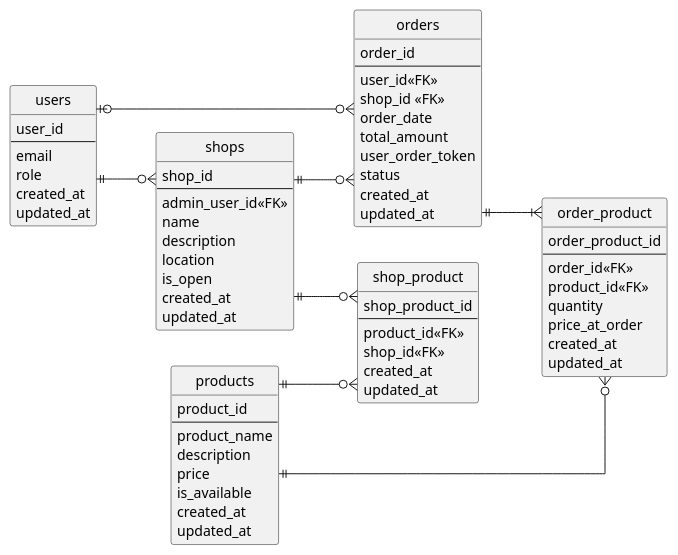
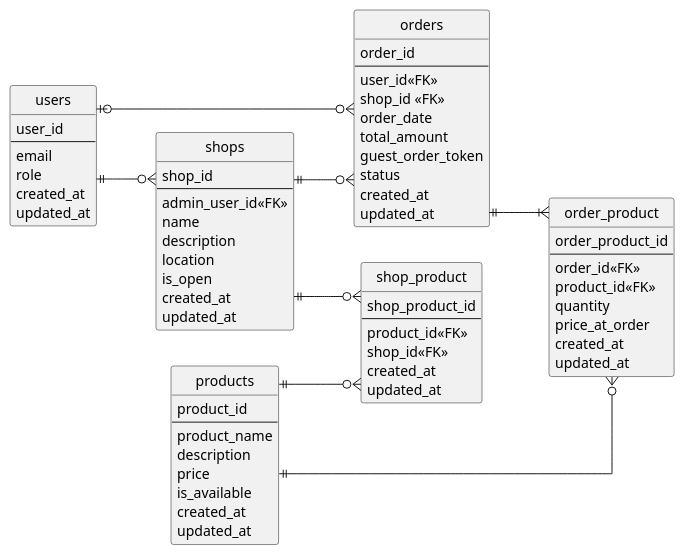
One commit to yamada-mikiya/A4-mobileorder changed the diagram in backend/diagram.puml. Above: the diagram before and after it, drawn with PlantUML. The commit also changed 14 other files, not shown here.

```diff
--- a/backend/diagram.puml
+++ b/backend/diagram.puml
@@ -1,82 +1,82 @@
 @startuml mobileorder
 ' hide the spot
 hide circle
 
 ' avoid problems with angled crows feet
 skinparam linetype ortho
 left to right direction
 
 entity "users" as users {
   user_id
   --
   email
   role
   created_at
   updated_at
 }
 
 entity "orders" as orders {
   order_id
   --
   user_id<<FK>>
   shop_id <<FK>>
   order_date
   total_amount
-  user_order_token
+  guest_order_token
   status
   created_at
   updated_at
 }
 
 entity "order_product" as order_product {
   order_product_id
   --
   order_id<<FK>>
   product_id<<FK>>
   quantity
   price_at_order
   created_at
   updated_at
 }
 
 entity "products" as products {
   product_id
   --
   product_name
   description
   price
   is_available
   created_at
   updated_at
 }
 
 entity "shop_product" as shop_product {
   shop_product_id
   --
   product_id<<FK>>
   shop_id<<FK>>
   created_at
   updated_at
 }
 
 entity "shops" as shops {
   shop_id
   --
   admin_user_id<<FK>>
   name
   description
   location
   is_open
   created_at
   updated_at
 }
 
 users ||--o{ shops
 users |o--o{ orders
 orders ||--|{ order_product
 products ||--o{ order_product
 products ||--o{ shop_product
 shops ||--o{ shop_product
 shops ||--o{ orders
 
 @enduml
```
